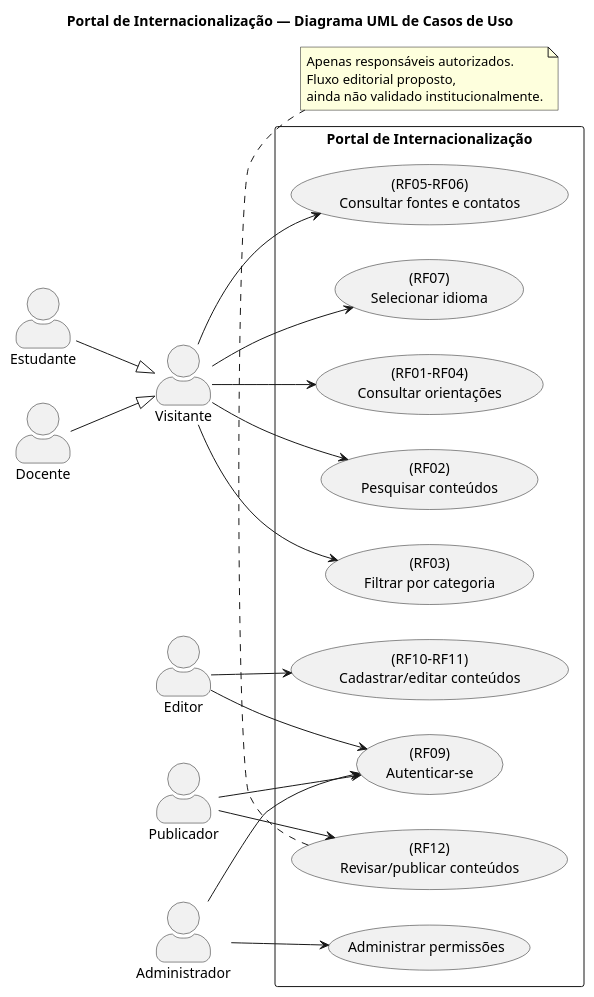
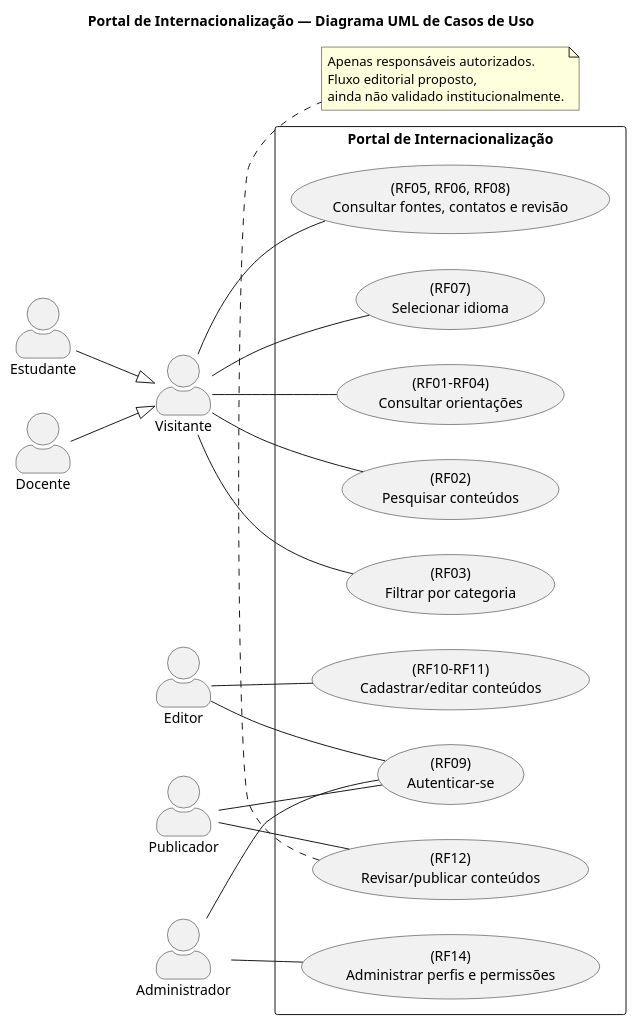
One commit to Ruan-levi/-requisitos-20262--grupo08 changed the diagram in diagramas/01-casos-de-uso.puml. Above: the diagram before and after it, drawn with PlantUML.

Commit message:
uml(M1): alinhar casos de uso com RF08 e RF14

```diff
--- a/diagramas/01-casos-de-uso.puml
+++ b/diagramas/01-casos-de-uso.puml
@@ -1,46 +1,46 @@
 @startuml
 title Portal de Internacionalização — Diagrama UML de Casos de Uso
 left to right direction
 skinparam shadowing false
 skinparam packageStyle rectangle
 skinparam actorStyle awesome
 
 actor "Visitante" as Visitante
 actor "Estudante" as Estudante
 actor "Docente" as Docente
 actor "Editor" as Editor
 actor "Publicador" as Publicador
 actor "Administrador" as Administrador
 
 Estudante --|> Visitante
 Docente --|> Visitante
 
 rectangle "Portal de Internacionalização" {
   usecase "(RF01–RF04)\nConsultar orientações" as UC1
   usecase "(RF02)\nPesquisar conteúdos" as UC2
   usecase "(RF03)\nFiltrar por categoria" as UC3
-  usecase "(RF05–RF06)\nConsultar fontes e contatos" as UC4
+  usecase "(RF05, RF06, RF08)\nConsultar fontes, contatos e revisão" as UC4
   usecase "(RF07)\nSelecionar idioma" as UC5
   usecase "(RF09)\nAutenticar-se" as UC6
   usecase "(RF10–RF11)\nCadastrar/editar conteúdos" as UC7
   usecase "(RF12)\nRevisar/publicar conteúdos" as UC8
-  usecase "Administrar permissões" as UC9
+  usecase "(RF14)\nAdministrar perfis e permissões" as UC9
 }
-Visitante --> UC1
-Visitante --> UC2
-Visitante --> UC3
-Visitante --> UC4
-Visitante --> UC5
-Editor --> UC6
-Editor --> UC7
-Publicador --> UC6
-Publicador --> UC8
-Administrador --> UC6
-Administrador --> UC9
+Visitante -- UC1
+Visitante -- UC2
+Visitante -- UC3
+Visitante -- UC4
+Visitante -- UC5
+Editor -- UC6
+Editor -- UC7
+Publicador -- UC6
+Publicador -- UC8
+Administrador -- UC6
+Administrador -- UC9
 
 note bottom of UC8
   Apenas responsáveis autorizados.
   Fluxo editorial proposto,
   ainda não validado institucionalmente.
 end note
 @enduml
```
